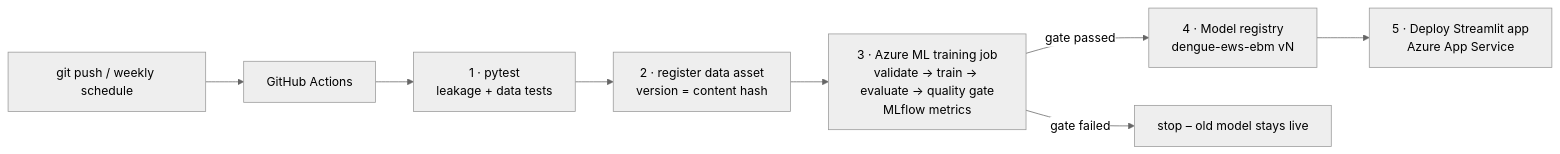
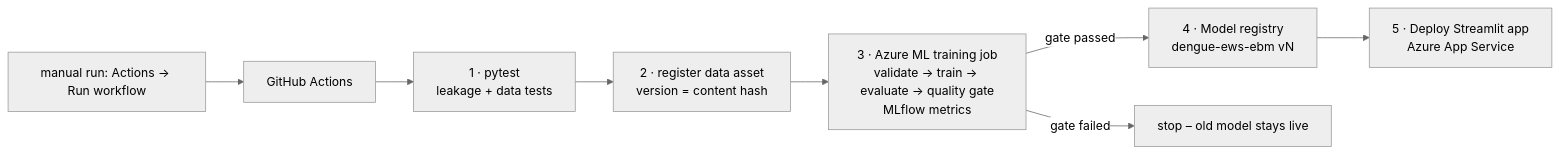
One commit to Dinushi97/AML_Assignment_269133N_KumarasiriRMKD changed the diagram in docs/azure-mlops-guide.md. Above: the diagram before and after it, drawn with Mermaid (neutral theme). The commit also changed other lines of this file and 5 other files, not shown here.

First line of the commit message:
Cost control: Azure pipeline runs only on manual trigger (no schedule, no push trigger)

````diff
--- a/docs/azure-mlops-guide.md
+++ b/docs/azure-mlops-guide.md
@@ -10,10 +10,10 @@
 ```mermaid
 flowchart LR
-  dev[git push / weekly schedule] --> gh[GitHub Actions]
+  dev[manual run: Actions → Run workflow] --> gh[GitHub Actions]
   gh --> t[1 · pytest<br/>leakage + data tests]
   t --> d[2 · register data asset<br/>version = content hash]
   d --> j[3 · Azure ML training job<br/>validate → train → evaluate → quality gate<br/>MLflow metrics]
   j -->|gate passed| r[4 · Model registry<br/>dengue-ews-ebm vN]
   r --> a[5 · Deploy Streamlit app<br/>Azure App Service]
   j -->|gate failed| x[stop – old model stays live]
 ```
````
